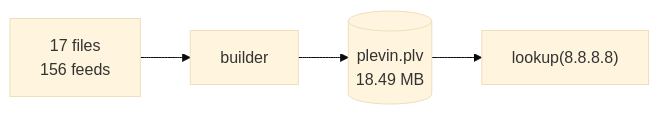
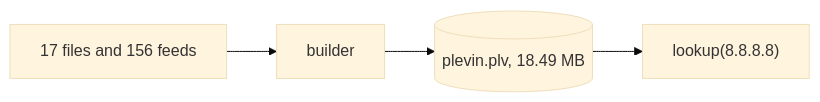
Before and after one commit to tn3w/plevin: the first of 6 diagrams in builder/README.md, drawn with Mermaid (base theme). The commit also changed other lines of this file and 1 other file, not shown here.

Commit message:
Improve README mermaid diagram formatting for clarity

````diff
--- a/builder/README.md
+++ b/builder/README.md
@@ -22,6 +22,6 @@
 ```mermaid
 flowchart LR
-    S["17 files<br>156 feeds"] --> B[builder]
-    B --> D[("plevin.plv<br>18.49 MB")]
+    S["17 files and 156 feeds"] --> B[builder]
+    B --> D[("plevin.plv, 18.49 MB")]
     D --> Q["lookup(8.8.8.8)"]
 ```
````
